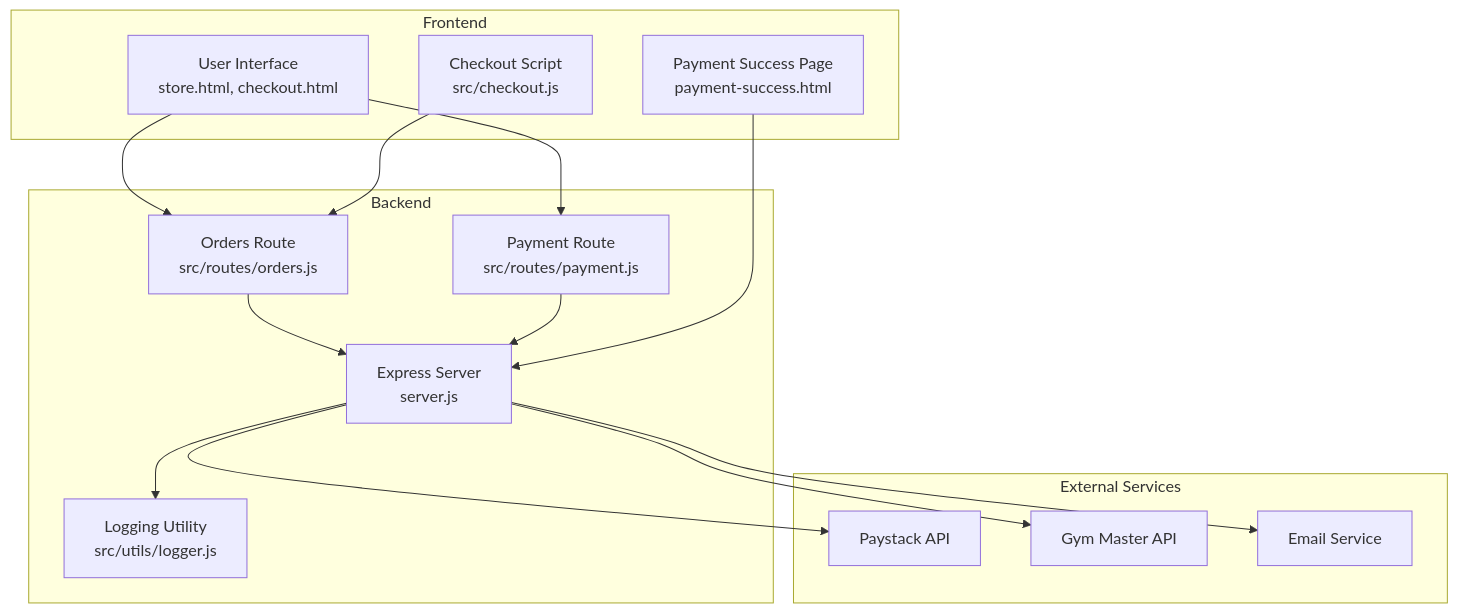
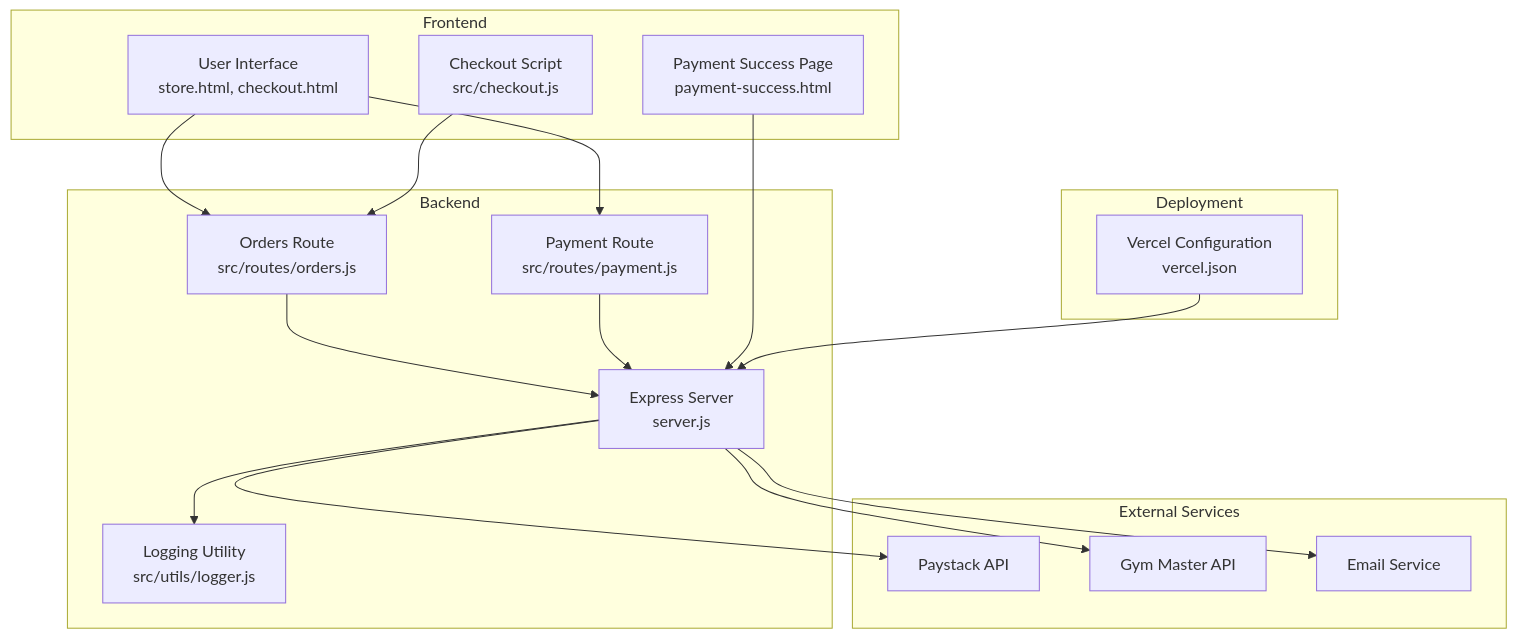
One commit to SirD33k/activezone changed the first of 6 diagrams in .qoder/repowiki/en/content/External Integrations/Paystack Payment Processing.md. Above: the diagram before and after it, drawn with Mermaid. The commit also changed other lines of this file and 1 other file, not shown here.

````diff
--- a/.qoder/repowiki/en/content/External Integrations/Paystack Payment Processing.md
+++ b/.qoder/repowiki/en/content/External Integrations/Paystack Payment Processing.md
@@ -51,29 +52,33 @@
 ```mermaid
 graph TB
 subgraph "Frontend"
 UI["User Interface<br/>store.html, checkout.html"]
 SuccessPage["Payment Success Page<br/>payment-success.html"]
 Checkout["Checkout Script<br/>src/checkout.js"]
 end
 subgraph "Backend"
 Server["Express Server<br/>server.js"]
 RoutesPayment["Payment Route<br/>src/routes/payment.js"]
 RoutesOrders["Orders Route<br/>src/routes/orders.js"]
 Logger["Logging Utility<br/>src/utils/logger.js"]
 end
 subgraph "External Services"
 Paystack["Paystack API"]
 GymMaster["Gym Master API"]
 EmailService["Email Service"]
 end
+subgraph "Deployment"
+VercelConfig["Vercel Configuration<br/>vercel.json"]
+end
 UI --> RoutesOrders
 UI --> RoutesPayment
 Checkout --> RoutesOrders
 RoutesOrders --> Server
 RoutesPayment --> Server
 Server --> Paystack
 Server --> GymMaster
 Server --> EmailService
 SuccessPage --> Server
 Server --> Logger
+VercelConfig --> Server
 ```
````
